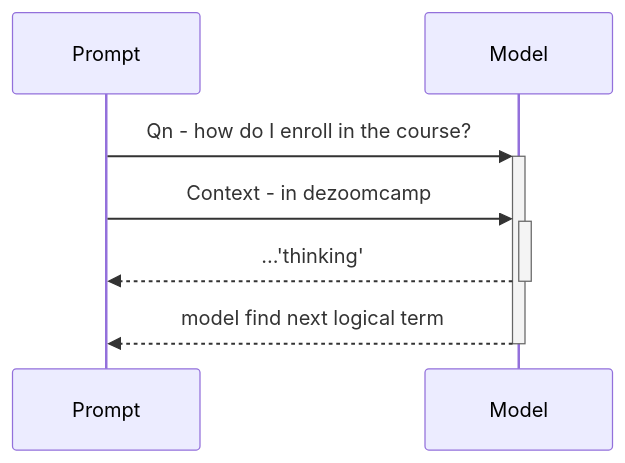
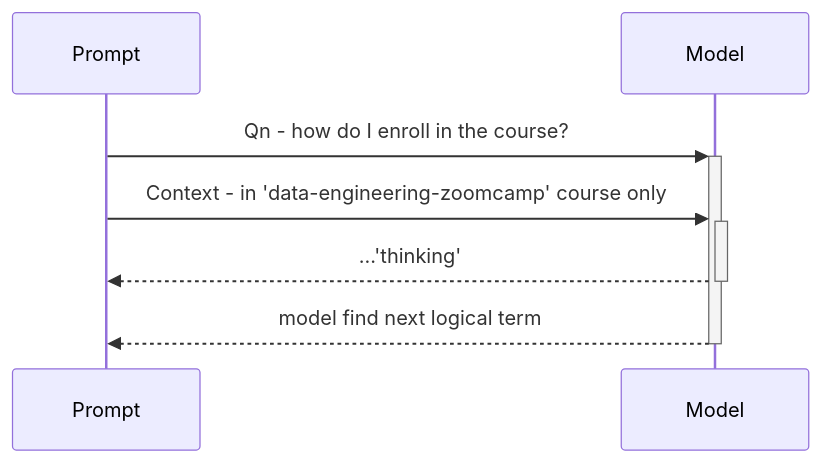
The second of 3 diagrams in 01-intro/README.md (ellacharmed/llm-zoomcamp), drawn with Mermaid before and after one commit. The commit also changed other lines of this file, not shown here.

````diff
--- a/01-intro/README.md
+++ b/01-intro/README.md
@@ -33,7 +33,7 @@
   ```mermaid
   sequenceDiagram
     Prompt->>+Model: Qn - how do I enroll in the course?
-    Prompt->>+Model: Context - in dezoomcamp
+    Prompt->>+Model: Context - in 'data-engineering-zoomcamp' course only
     Model-->>-Prompt: ...'thinking'
     Model-->>-Prompt: model find next logical term
   ```
````
